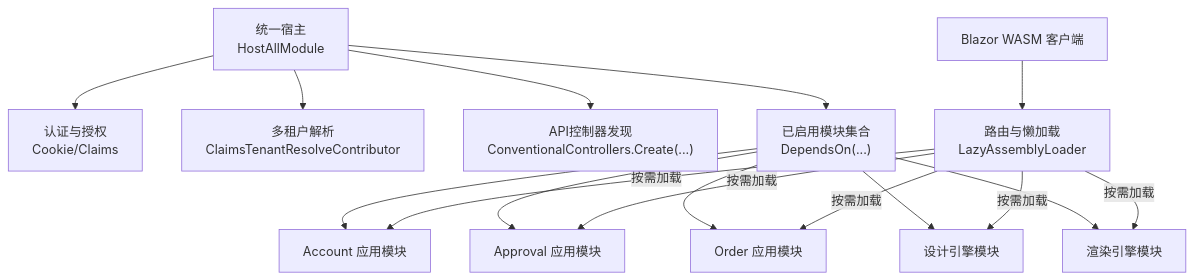
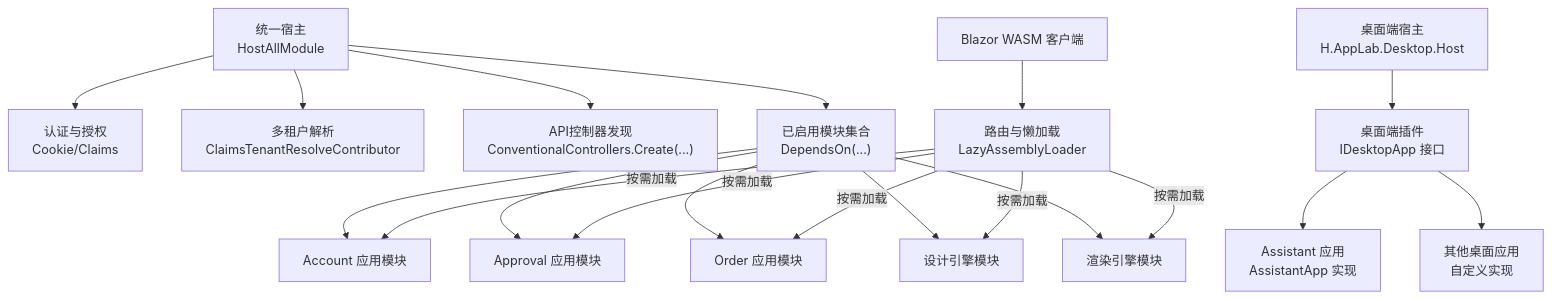
The first of 11 diagrams in .qoder/repowiki/zh/content/扩展开发/插件系统开发.md (openlowcodelab/lowcode), drawn with Mermaid before and after one commit. The commit also changed other lines of this file and 31 other files, not shown here.

Commit message:
H.AppLab.Desktop.Host 界面调整

````diff
--- a/.qoder/repowiki/zh/content/扩展开发/插件系统开发.md
+++ b/.qoder/repowiki/zh/content/扩展开发/插件系统开发.md
@@ -43,18 +60,21 @@
 ```mermaid
 graph TB
 Host["统一宿主<br/>HostAllModule"] --> Auth["认证与授权<br/>Cookie/Claims"]
 Host --> MT["多租户解析<br/>ClaimsTenantResolveContributor"]
 Host --> MVC["API控制器发现<br/>ConventionalControllers.Create(...)"]
 Host --> Modules["已启用模块集合<br/>DependsOn(...)"]
 Modules --> AppA["Account 应用模块"]
 Modules --> AppB["Approval 应用模块"]
 Modules --> AppC["Order 应用模块"]
 Modules --> LowD["设计引擎模块"]
 Modules --> LowR["渲染引擎模块"]
 Client["Blazor WASM 客户端"] --> Router["路由与懒加载<br/>LazyAssemblyLoader"]
 Router --> |按需加载| AppA
 Router --> |按需加载| AppB
 Router --> |按需加载| AppC
 Router --> |按需加载| LowD
 Router --> |按需加载| LowR
+DesktopHost["桌面端宿主<br/>H.AppLab.Desktop.Host"] --> DesktopApps["桌面端插件<br/>IDesktopApp 接口"]
+DesktopApps --> Assistant["Assistant 应用<br/>AssistantApp 实现"]
+DesktopApps --> OtherApps["其他桌面应用<br/>自定义实现"]
 ```
````
